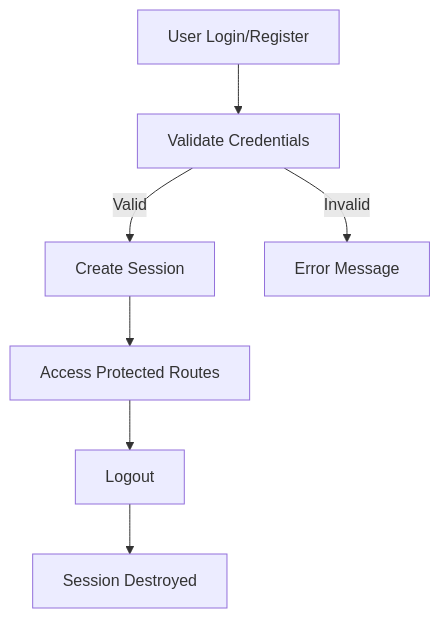
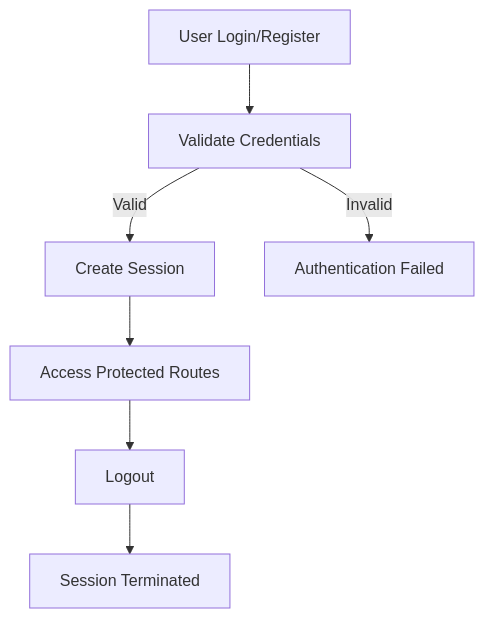
One commit to Dipeshrajjoshi/DBOOK changed the fifth of 6 diagrams in README.md. Above: the diagram before and after it, drawn with Mermaid. The commit also changed other lines of this file, not shown here.

````diff
--- a/README.md
+++ b/README.md
@@ -135,9 +134,9 @@
 ```mermaid
 flowchart TD
     A[User Login/Register] --> B[Validate Credentials]
     B -->|Valid| C[Create Session]
-    B -->|Invalid| D[Error Message]
+    B -->|Invalid| D[Authentication Failed]
     C --> E[Access Protected Routes]
     E --> F[Logout]
-    F --> G[Session Destroyed]
+    F --> G[Session Terminated]
 ```
````
